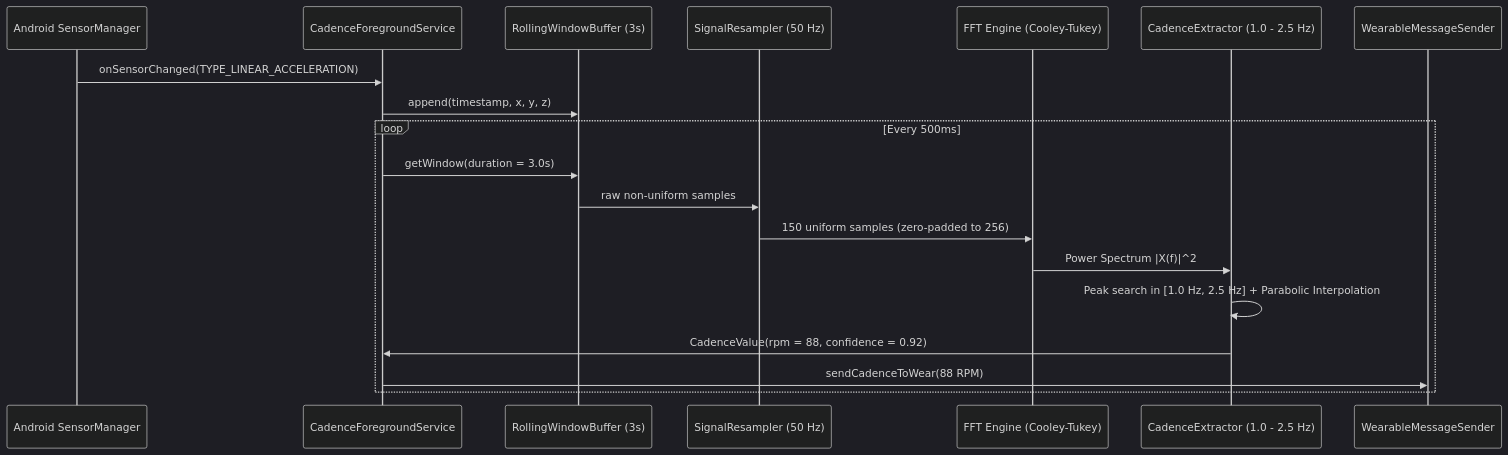
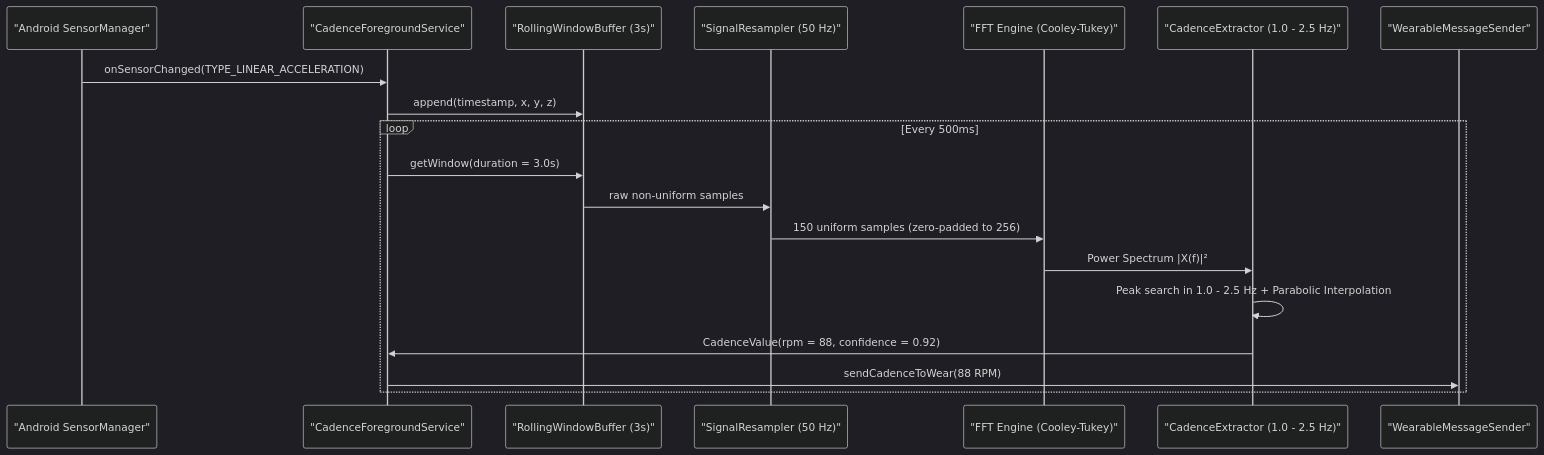
Before and after one commit to deepeshgodara/legbeat: the second of 3 diagrams in docs/android/HLD.md, drawn with Mermaid (dark theme). The commit also changed other lines of this file and 1 other file, not shown here.

Commit message:
docs: fix Mermaid diagram syntax and markdown rendering in Android and Wear OS HLDs

````diff
--- a/docs/android/HLD.md
+++ b/docs/android/HLD.md
@@ -85,22 +85,22 @@
 ```mermaid
 sequenceDiagram
-    participant Sensor as Android SensorManager
-    participant Service as CadenceForegroundService
-    participant Buffer as RollingWindowBuffer (3s)
-    participant Resampler as SignalResampler (50 Hz)
-    participant FFT as FFT Engine (Cooley-Tukey)
-    participant Extractor as CadenceExtractor (1.0 - 2.5 Hz)
-    participant Wear as WearableMessageSender
+    participant Sensor as "Android SensorManager"
+    participant Service as "CadenceForegroundService"
+    participant Buffer as "RollingWindowBuffer (3s)"
+    participant Resampler as "SignalResampler (50 Hz)"
+    participant FFT as "FFT Engine (Cooley-Tukey)"
+    participant Extractor as "CadenceExtractor (1.0 - 2.5 Hz)"
+    participant Wear as "WearableMessageSender"
 
     Sensor->>Service: onSensorChanged(TYPE_LINEAR_ACCELERATION)
     Service->>Buffer: append(timestamp, x, y, z)
     loop Every 500ms
         Service->>Buffer: getWindow(duration = 3.0s)
         Buffer->>Resampler: raw non-uniform samples
         Resampler->>FFT: 150 uniform samples (zero-padded to 256)
-        FFT->>Extractor: Power Spectrum |X(f)|^2
-        Extractor->>Extractor: Peak search in [1.0 Hz, 2.5 Hz] + Parabolic Interpolation
+        FFT->>Extractor: Power Spectrum |X(f)|²
+        Extractor->>Extractor: Peak search in 1.0 - 2.5 Hz + Parabolic Interpolation
         Extractor->>Service: CadenceValue(rpm = 88, confidence = 0.92)
         Service->>Wear: sendCadenceToWear(88 RPM)
     end
 ```
````
